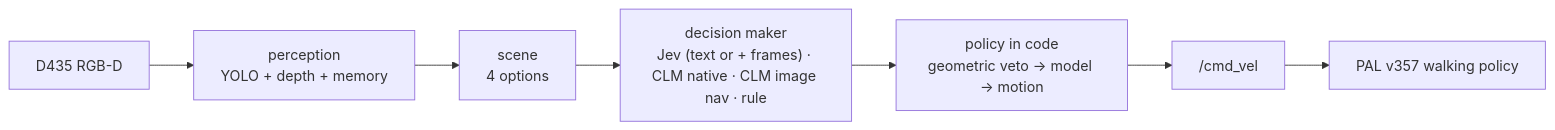
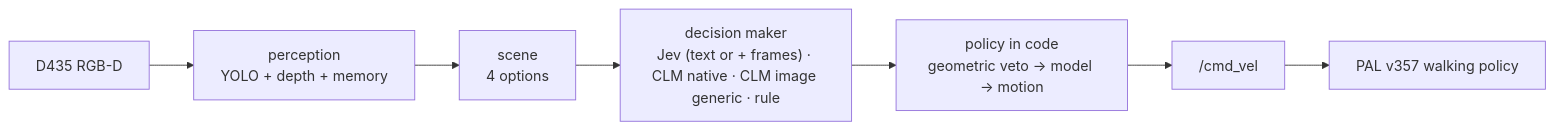
One commit to OscarMrZ/kangaroo-jev changed the diagram in REPORT.md. Above: the diagram before and after it, drawn with Mermaid. The commit also changed other lines of this file and 8 other files, not shown here.

First line of the commit message:
Report: CLM image generic (pre-trained, then fine-tuned) as the image CLM

````diff
--- a/REPORT.md
+++ b/REPORT.md
@@ -71,8 +74,8 @@
 ```mermaid
 flowchart LR
     cam["D435 RGB-D"] --> per["perception<br/>YOLO + depth + memory"]
     per --> scene["scene<br/>4 options"]
-    scene --> dm["decision maker<br/>Jev (text or + frames) · CLM native · CLM image nav · rule"]
+    scene --> dm["decision maker<br/>Jev (text or + frames) · CLM native · CLM image generic · rule"]
     dm --> pol["policy in code<br/>geometric veto → model → motion"]
     pol --> cmd["/cmd_vel"] --> loco["PAL v357 walking policy"]
 ```
````
